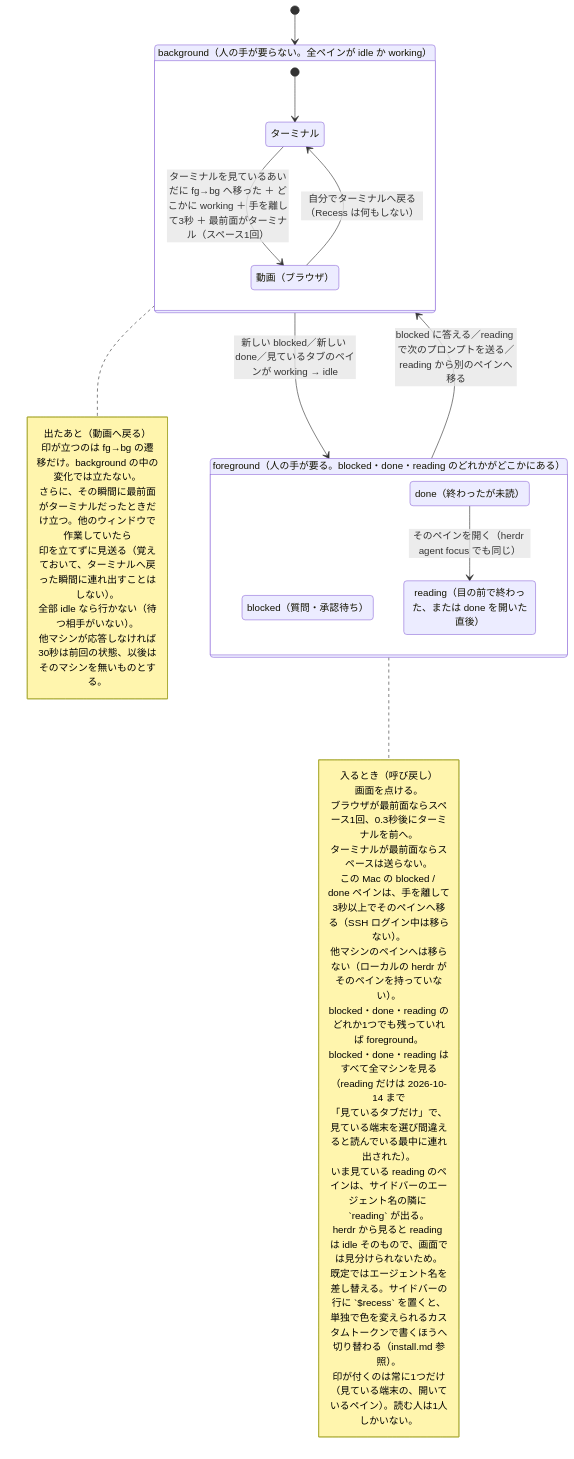
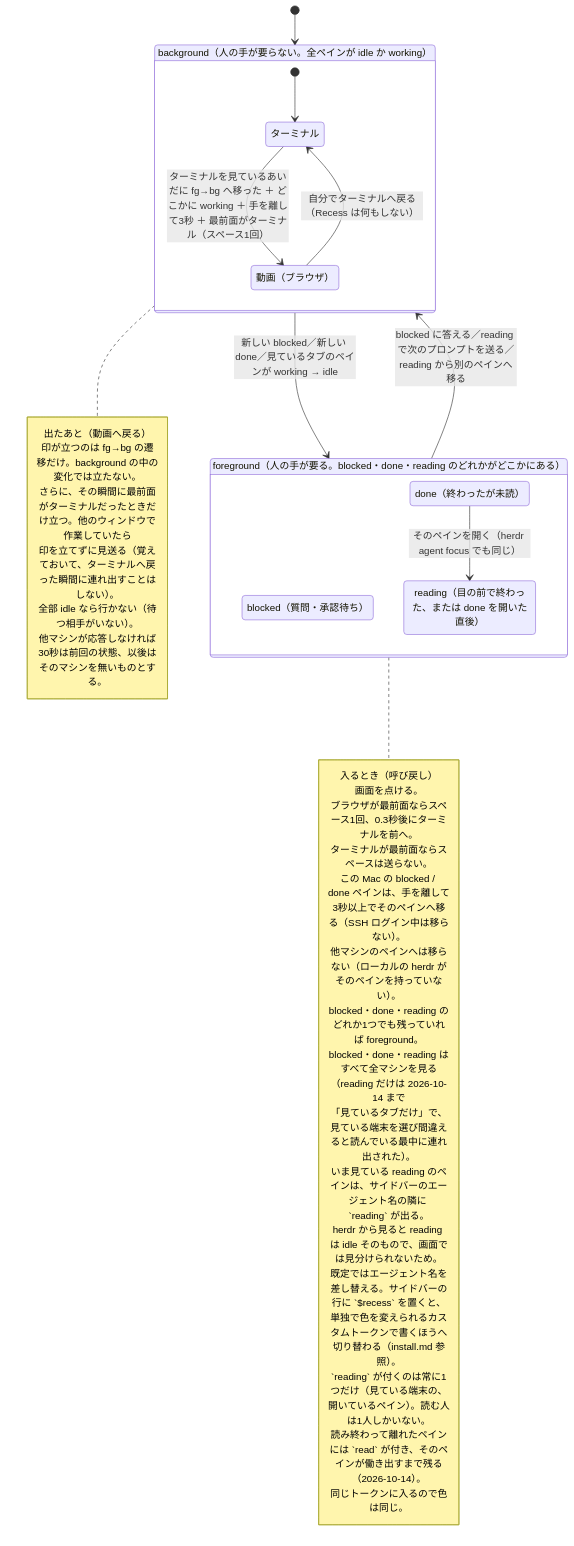
One commit to tatsuro-ueda/recess changed the second of 2 diagrams in docs/spec.md. Above: the diagram before and after it, drawn with Mermaid. The commit also changed other lines of this file and 3 other files, not shown here.

````diff
--- a/docs/spec.md
+++ b/docs/spec.md
@@ -165,49 +168,51 @@
 ```mermaid
 stateDiagram-v2
     direction TB
 
     state "background（人の手が要らない。全ペインが idle か working）" as bg {
         state "ターミナル" as term
         state "動画（ブラウザ）" as nf
         [*] --> term
         term --> nf : ターミナルを見ているあいだに fg→bg へ移った ＋ どこかに working ＋ 手を離して3秒 ＋ 最前面がターミナル（スペース1回）
         nf --> term : 自分でターミナルへ戻る（Recess は何もしない）
     }
 
     state "foreground（人の手が要る。blocked・done・reading のどれかがどこかにある）" as fg {
         state "blocked（質問・承認待ち）" as blocked
         state "done（終わったが未読）" as done
         state "reading（目の前で終わった、または done を開いた直後）" as reading
         done --> reading : そのペインを開く（herdr agent focus でも同じ）
     }
 
     [*] --> bg
     bg --> fg : 新しい blocked／新しい done／見ているタブのペインが working → idle
     fg --> bg : blocked に答える／reading で次のプロンプトを送る／reading から別のペインへ移る
 
     note right of fg
         入るとき（呼び戻し）
         画面を点ける。
         ブラウザが最前面ならスペース1回、0.3秒後にターミナルを前へ。
         ターミナルが最前面ならスペースは送らない。
         この Mac の blocked / done ペインは、手を離して3秒以上でそのペインへ移る（SSH ログイン中は移らない）。
         他マシンのペインへは移らない（ローカルの herdr がそのペインを持っていない）。
         blocked・done・reading のどれか1つでも残っていれば foreground。
         blocked・done・reading はすべて全マシンを見る（reading だけは 2026-10-14 まで
         「見ているタブだけ」で、見ている端末を選び間違えると読んでいる最中に連れ出された）。
         いま見ている reading のペインは、サイドバーのエージェント名の隣に `reading` が出る。
         herdr から見ると reading は idle そのもので、画面では見分けられないため。
         既定ではエージェント名を差し替える。サイドバーの行に `$recess` を置くと、
         単独で色を変えられるカスタムトークンで書くほうへ切り替わる（install.md 参照）。
-        印が付くのは常に1つだけ（見ている端末の、開いているペイン）。読む人は1人しかいない。
+        `reading` が付くのは常に1つだけ（見ている端末の、開いているペイン）。読む人は1人しかいない。
+        読み終わって離れたペインには `read` が付き、そのペインが働き出すまで残る（2026-10-14）。
+        同じトークンに入るので色は同じ。
     end note
 
     note right of bg
         出たあと（動画へ戻る）
         印が立つのは fg→bg の遷移だけ。background の中の変化では立たない。
         さらに、その瞬間に最前面がターミナルだったときだけ立つ。他のウィンドウで作業していたら
         印を立てずに見送る（覚えておいて、ターミナルへ戻った瞬間に連れ出すことはしない）。
         全部 idle なら行かない（待つ相手がいない）。
         他マシンが応答しなければ30秒は前回の状態、以後はそのマシンを無いものとする。
     end note
 ```
````
